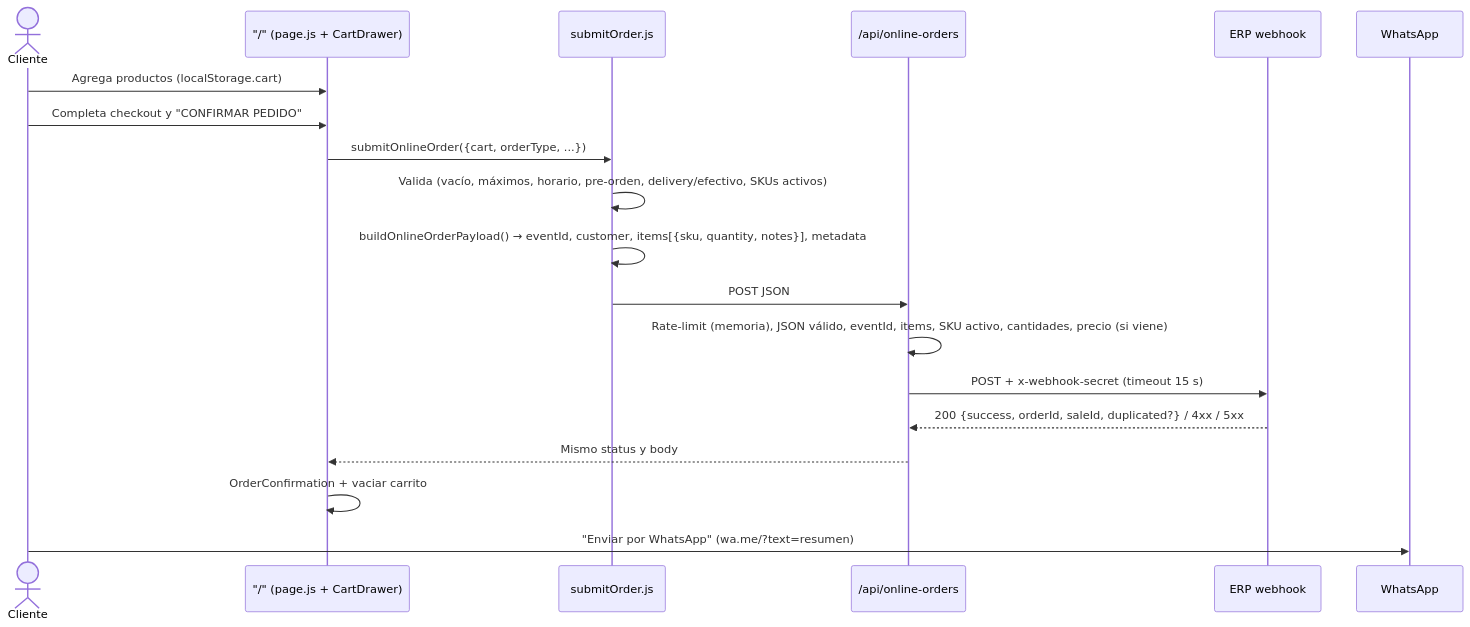
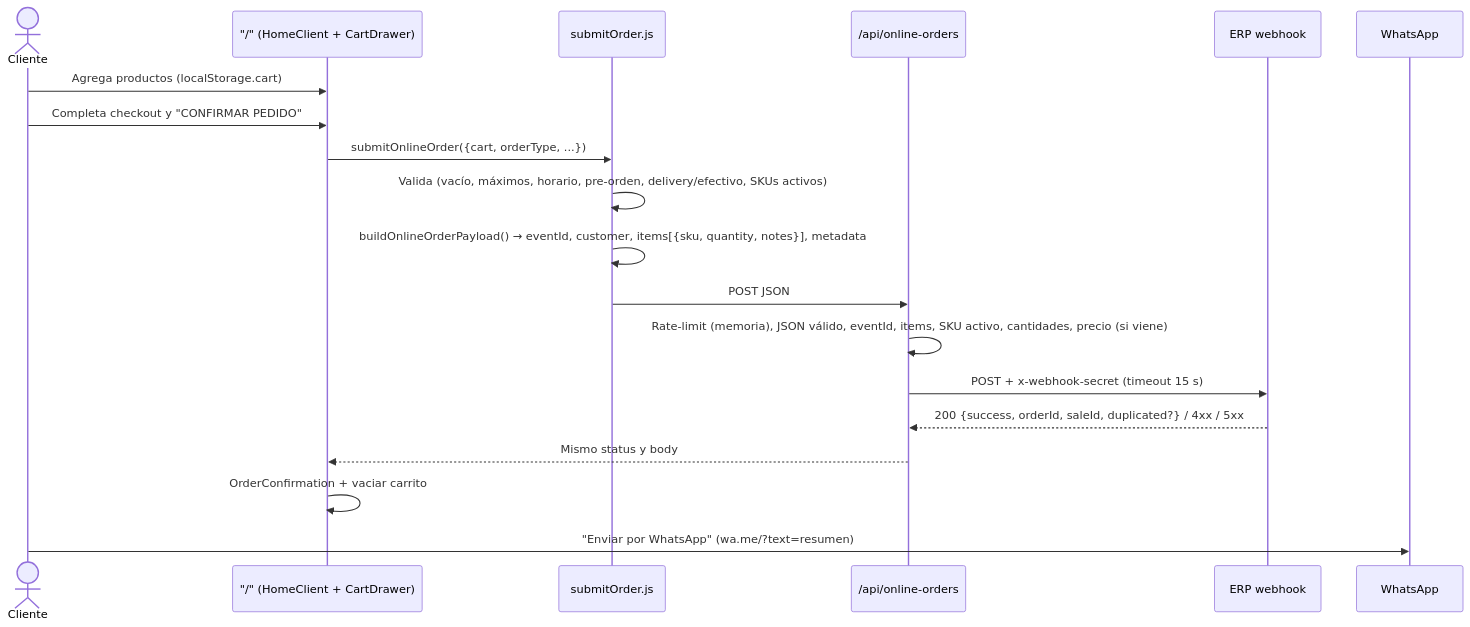
Before and after one commit to sjaquer/big-jack-menu: the diagram in docs/ARCHITECTURE.md, drawn with Mermaid. The commit also changed other lines of this file and 19 other files, not shown here.

Commit message:
docs: add comprehensive brand manual and update architecture and remediation docs

````diff
--- a/docs/ARCHITECTURE.md
+++ b/docs/ARCHITECTURE.md
@@ -119,22 +127,22 @@
 ```mermaid
 sequenceDiagram
   actor C as Cliente
-  participant UI as "/" (page.js + CartDrawer)
+  participant UI as "/" (HomeClient + CartDrawer)
   participant SO as submitOrder.js
   participant API as /api/online-orders
   participant ERP as ERP webhook
   participant WA as WhatsApp
 
   C->>UI: Agrega productos (localStorage.cart)
   C->>UI: Completa checkout y "CONFIRMAR PEDIDO"
   UI->>SO: submitOnlineOrder({cart, orderType, ...})
   SO->>SO: Valida (vacío, máximos, horario, pre-orden, delivery/efectivo, SKUs activos)
   SO->>SO: buildOnlineOrderPayload() → eventId, customer, items[{sku, quantity, notes}], metadata
   SO->>API: POST JSON
   API->>API: Rate-limit (memoria), JSON válido, eventId, items, SKU activo, cantidades, precio (si viene)
   API->>ERP: POST + x-webhook-secret (timeout 15 s)
   ERP-->>API: 200 {success, orderId, saleId, duplicated?} / 4xx / 5xx
   API-->>UI: Mismo status y body
   UI->>UI: OrderConfirmation + vaciar carrito
   C->>WA: "Enviar por WhatsApp" (wa.me/?text=resumen)
 ```
````
